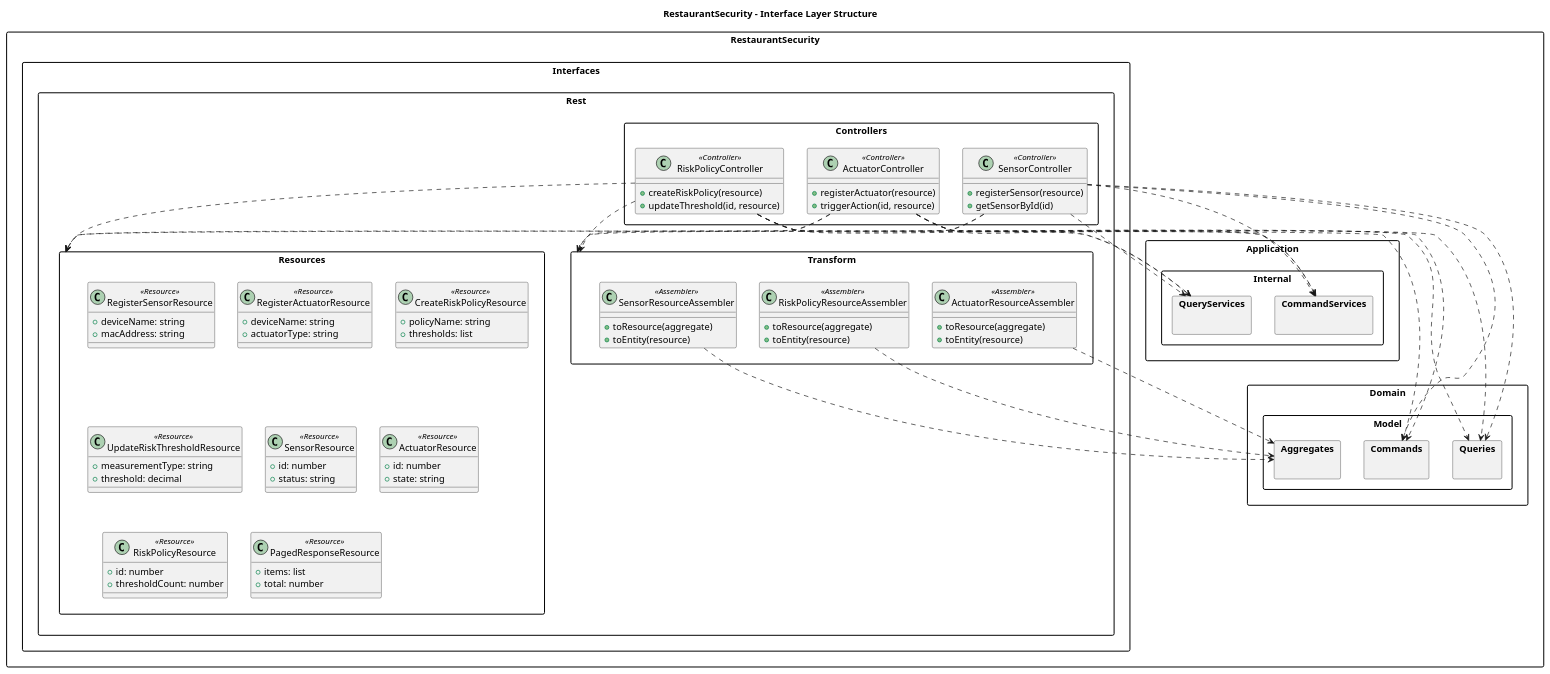
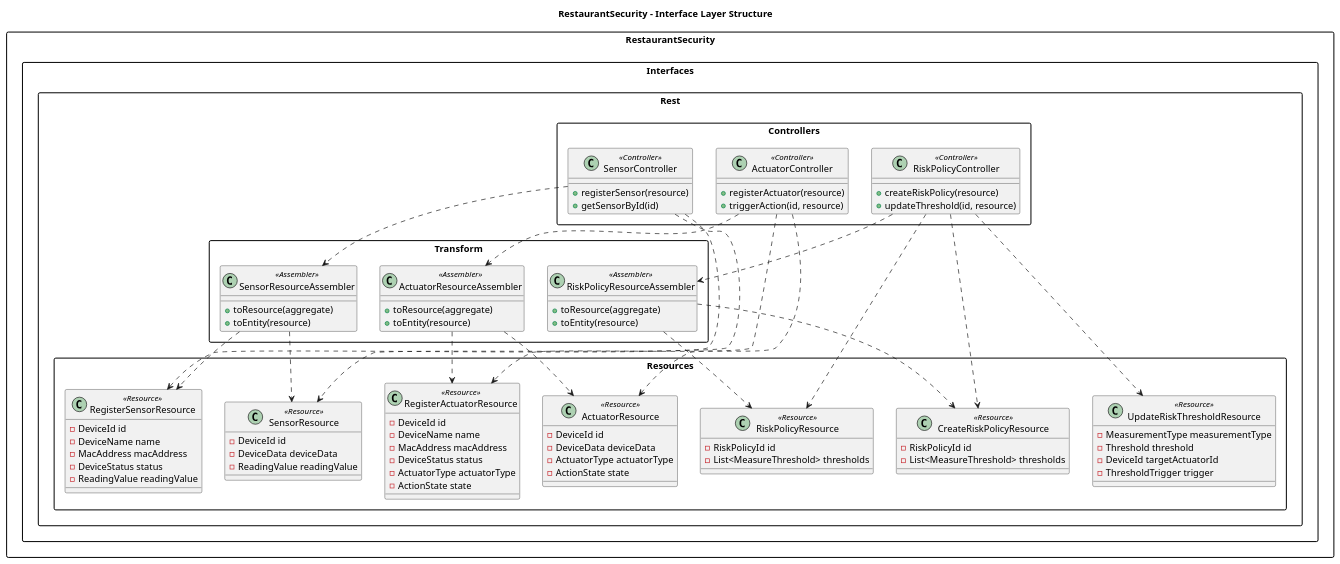
Before and after one commit to Soulware-IoT/report: the diagram in img/capitulo_4/tactical_ddd/Security/security_interface.puml, drawn with PlantUML. The commit also changed 8 other files, not shown here.

```diff
--- a/img/capitulo_4/tactical_ddd/Security/security_interface.puml
+++ b/img/capitulo_4/tactical_ddd/Security/security_interface.puml
@@ -1,111 +1,101 @@
 @startuml
 skinparam packageStyle rectangle
 
 title RestaurantSecurity - Interface Layer Structure
 
 package "RestaurantSecurity" {
     package "Interfaces.Rest" {
         package "Controllers" {
             class SensorController <<Controller>> {
                 +registerSensor(resource)
                 +getSensorById(id)
             }
             class ActuatorController <<Controller>> {
                 +registerActuator(resource)
                 +triggerAction(id, resource)
             }
             class RiskPolicyController <<Controller>> {
                 +createRiskPolicy(resource)
                 +updateThreshold(id, resource)
             }
         }
         package "Transform" {
             class SensorResourceAssembler <<Assembler>> {
                 +toResource(aggregate)
                 +toEntity(resource)
             }
             class ActuatorResourceAssembler <<Assembler>> {
                 +toResource(aggregate)
                 +toEntity(resource)
             }
             class RiskPolicyResourceAssembler <<Assembler>> {
                 +toResource(aggregate)
                 +toEntity(resource)
             }
         }
         package "Resources" {
             class RegisterSensorResource <<Resource>> {
-                +deviceName: string
-                +macAddress: string
+                -DeviceId id
+                -DeviceName name
+                -MacAddress macAddress
+                -DeviceStatus status
+                -ReadingValue readingValue
             }
             class RegisterActuatorResource <<Resource>> {
-                +deviceName: string
-                +actuatorType: string
+                -DeviceId id
+                -DeviceName name
+                -MacAddress macAddress
+                -DeviceStatus status
+                -ActuatorType actuatorType
+                -ActionState state
             }
             class CreateRiskPolicyResource <<Resource>> {
-                +policyName: string
-                +thresholds: list
+                -RiskPolicyId id
+                -List<MeasureThreshold> thresholds
             }
             class UpdateRiskThresholdResource <<Resource>> {
-                +measurementType: string
-                +threshold: decimal
+                -MeasurementType measurementType
+                -Threshold threshold
+                -DeviceId targetActuatorId
+                -ThresholdTrigger trigger
             }
             class SensorResource <<Resource>> {
-                +id: number
-                +status: string
+                -DeviceId id
+                -DeviceData deviceData
+                -ReadingValue readingValue
             }
             class ActuatorResource <<Resource>> {
-                +id: number
-                +state: string
+                -DeviceId id
+                -DeviceData deviceData
+                -ActuatorType actuatorType
+                -ActionState state
             }
             class RiskPolicyResource <<Resource>> {
-                +id: number
-                +thresholdCount: number
+                -RiskPolicyId id
+                -List<MeasureThreshold> thresholds
             }
-            class PagedResponseResource <<Resource>> {
-                +items: list
-                +total: number
-            }
-        }
-    }
-
-    package "Application.Internal" {
-        package "CommandServices" {}
-        package "QueryServices" {}
-    }
-
-    package "Domain" {
-        package "Model" {
-            package "Commands" {}
-            package "Queries" {}
-            package "Aggregates" {}
         }
     }
 }
 
 ' === RELACIONES DE INTERFACE: Security ===
-RestaurantSecurity.Interfaces.Rest.Controllers.SensorController ..> RestaurantSecurity.Interfaces.Rest.Resources
-RestaurantSecurity.Interfaces.Rest.Controllers.SensorController ..> RestaurantSecurity.Interfaces.Rest.Transform
-RestaurantSecurity.Interfaces.Rest.Controllers.SensorController ..> RestaurantSecurity.Application.Internal.CommandServices
-RestaurantSecurity.Interfaces.Rest.Controllers.SensorController ..> RestaurantSecurity.Application.Internal.QueryServices
-RestaurantSecurity.Interfaces.Rest.Controllers.SensorController ..> RestaurantSecurity.Domain.Model.Commands
-RestaurantSecurity.Interfaces.Rest.Controllers.SensorController ..> RestaurantSecurity.Domain.Model.Queries
+RestaurantSecurity.Interfaces.Rest.Controllers.SensorController ..> RestaurantSecurity.Interfaces.Rest.Resources.RegisterSensorResource
+RestaurantSecurity.Interfaces.Rest.Controllers.SensorController ..> RestaurantSecurity.Interfaces.Rest.Resources.SensorResource
+RestaurantSecurity.Interfaces.Rest.Controllers.SensorController ..> RestaurantSecurity.Interfaces.Rest.Transform.SensorResourceAssembler
 
-RestaurantSecurity.Interfaces.Rest.Controllers.ActuatorController ..> RestaurantSecurity.Interfaces.Rest.Resources
-RestaurantSecurity.Interfaces.Rest.Controllers.ActuatorController ..> RestaurantSecurity.Interfaces.Rest.Transform
-RestaurantSecurity.Interfaces.Rest.Controllers.ActuatorController ..> RestaurantSecurity.Application.Internal.CommandServices
-RestaurantSecurity.Interfaces.Rest.Controllers.ActuatorController ..> RestaurantSecurity.Application.Internal.QueryServices
-RestaurantSecurity.Interfaces.Rest.Controllers.ActuatorController ..> RestaurantSecurity.Domain.Model.Commands
-RestaurantSecurity.Interfaces.Rest.Controllers.ActuatorController ..> RestaurantSecurity.Domain.Model.Queries
+RestaurantSecurity.Interfaces.Rest.Controllers.ActuatorController ..> RestaurantSecurity.Interfaces.Rest.Resources.RegisterActuatorResource
+RestaurantSecurity.Interfaces.Rest.Controllers.ActuatorController ..> RestaurantSecurity.Interfaces.Rest.Resources.ActuatorResource
+RestaurantSecurity.Interfaces.Rest.Controllers.ActuatorController ..> RestaurantSecurity.Interfaces.Rest.Transform.ActuatorResourceAssembler
 
-RestaurantSecurity.Interfaces.Rest.Controllers.RiskPolicyController ..> RestaurantSecurity.Interfaces.Rest.Resources
-RestaurantSecurity.Interfaces.Rest.Controllers.RiskPolicyController ..> RestaurantSecurity.Interfaces.Rest.Transform
-RestaurantSecurity.Interfaces.Rest.Controllers.RiskPolicyController ..> RestaurantSecurity.Application.Internal.CommandServices
-RestaurantSecurity.Interfaces.Rest.Controllers.RiskPolicyController ..> RestaurantSecurity.Application.Internal.QueryServices
-RestaurantSecurity.Interfaces.Rest.Controllers.RiskPolicyController ..> RestaurantSecurity.Domain.Model.Commands
-RestaurantSecurity.Interfaces.Rest.Controllers.RiskPolicyController ..> RestaurantSecurity.Domain.Model.Queries
+RestaurantSecurity.Interfaces.Rest.Controllers.RiskPolicyController ..> RestaurantSecurity.Interfaces.Rest.Resources.CreateRiskPolicyResource
+RestaurantSecurity.Interfaces.Rest.Controllers.RiskPolicyController ..> RestaurantSecurity.Interfaces.Rest.Resources.UpdateRiskThresholdResource
+RestaurantSecurity.Interfaces.Rest.Controllers.RiskPolicyController ..> RestaurantSecurity.Interfaces.Rest.Resources.RiskPolicyResource
+RestaurantSecurity.Interfaces.Rest.Controllers.RiskPolicyController ..> RestaurantSecurity.Interfaces.Rest.Transform.RiskPolicyResourceAssembler
 
-RestaurantSecurity.Interfaces.Rest.Transform.SensorResourceAssembler ..> RestaurantSecurity.Domain.Model.Aggregates
-RestaurantSecurity.Interfaces.Rest.Transform.ActuatorResourceAssembler ..> RestaurantSecurity.Domain.Model.Aggregates
-RestaurantSecurity.Interfaces.Rest.Transform.RiskPolicyResourceAssembler ..> RestaurantSecurity.Domain.Model.Aggregates
+RestaurantSecurity.Interfaces.Rest.Transform.SensorResourceAssembler ..> RestaurantSecurity.Interfaces.Rest.Resources.RegisterSensorResource
+RestaurantSecurity.Interfaces.Rest.Transform.SensorResourceAssembler ..> RestaurantSecurity.Interfaces.Rest.Resources.SensorResource
+RestaurantSecurity.Interfaces.Rest.Transform.ActuatorResourceAssembler ..> RestaurantSecurity.Interfaces.Rest.Resources.RegisterActuatorResource
+RestaurantSecurity.Interfaces.Rest.Transform.ActuatorResourceAssembler ..> RestaurantSecurity.Interfaces.Rest.Resources.ActuatorResource
+RestaurantSecurity.Interfaces.Rest.Transform.RiskPolicyResourceAssembler ..> RestaurantSecurity.Interfaces.Rest.Resources.CreateRiskPolicyResource
+RestaurantSecurity.Interfaces.Rest.Transform.RiskPolicyResourceAssembler ..> RestaurantSecurity.Interfaces.Rest.Resources.RiskPolicyResource
 @enduml
```
